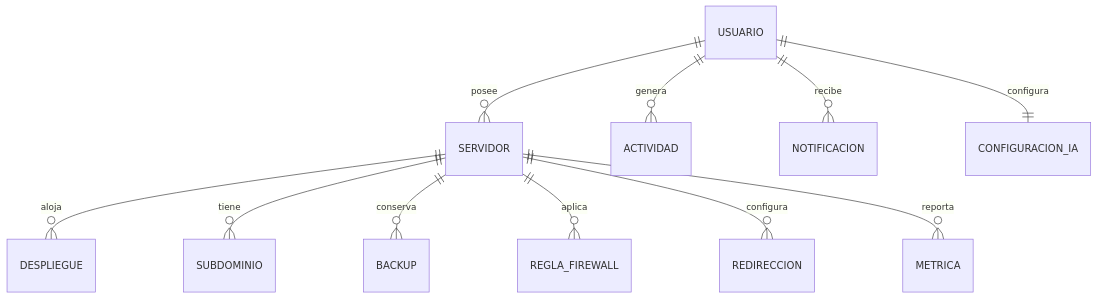
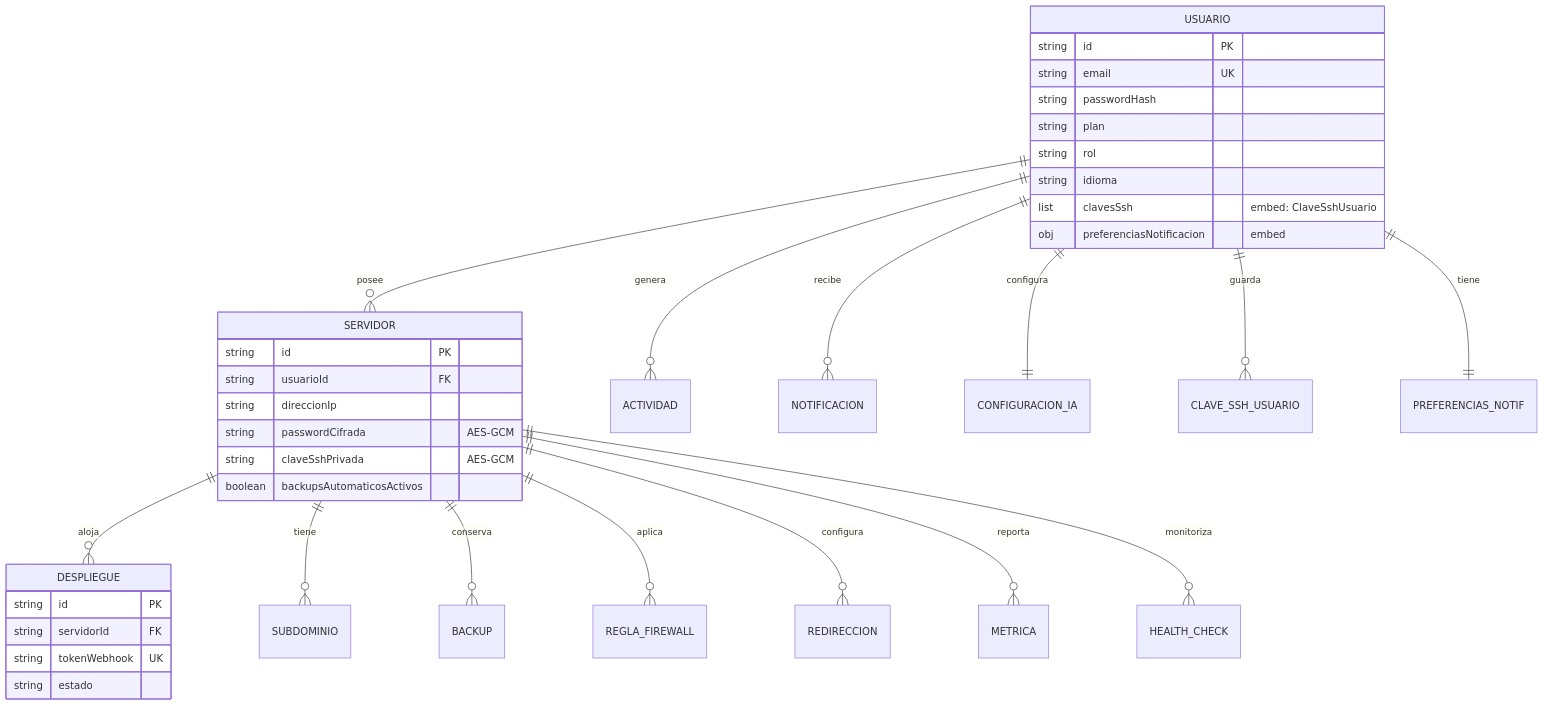
One commit to Kruhale/AutoDeploy changed the first of 5 diagrams in docs/05-diseno.md. Above: the diagram before and after it, drawn with Mermaid. The commit also changed other lines of this file and 439 other files, not shown here.

````diff
--- a/docs/05-diseno.md
+++ b/docs/05-diseno.md
@@ -28,13 +28,41 @@
 ```mermaid
 erDiagram
     USUARIO ||--o{ SERVIDOR : posee
     USUARIO ||--o{ ACTIVIDAD : genera
     USUARIO ||--o{ NOTIFICACION : recibe
     USUARIO ||--|| CONFIGURACION_IA : configura
+    USUARIO ||--o{ CLAVE_SSH_USUARIO : guarda
+    USUARIO ||--|| PREFERENCIAS_NOTIF : tiene
     SERVIDOR ||--o{ DESPLIEGUE : aloja
     SERVIDOR ||--o{ SUBDOMINIO : tiene
     SERVIDOR ||--o{ BACKUP : conserva
     SERVIDOR ||--o{ REGLA_FIREWALL : aplica
     SERVIDOR ||--o{ REDIRECCION : configura
     SERVIDOR ||--o{ METRICA : reporta
+    SERVIDOR ||--o{ HEALTH_CHECK : monitoriza
+
+    USUARIO {
+        string id PK
+        string email UK
+        string passwordHash
+        string plan
+        string rol
+        string idioma
+        list clavesSsh "embed: ClaveSshUsuario"
+        obj preferenciasNotificacion "embed"
+    }
+    SERVIDOR {
+        string id PK
+        string usuarioId FK
+        string direccionIp
+        string passwordCifrada "AES-GCM"
+        string claveSshPrivada "AES-GCM"
+        boolean backupsAutomaticosActivos
+    }
+    DESPLIEGUE {
+        string id PK
+        string servidorId FK
+        string tokenWebhook UK
+        string estado
+    }
 ```
````
